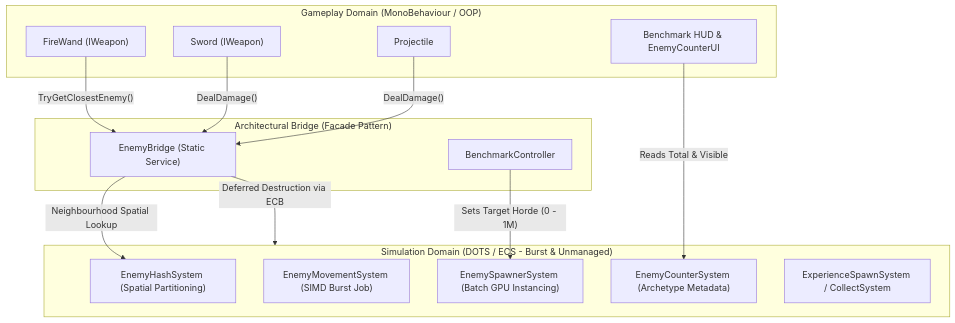
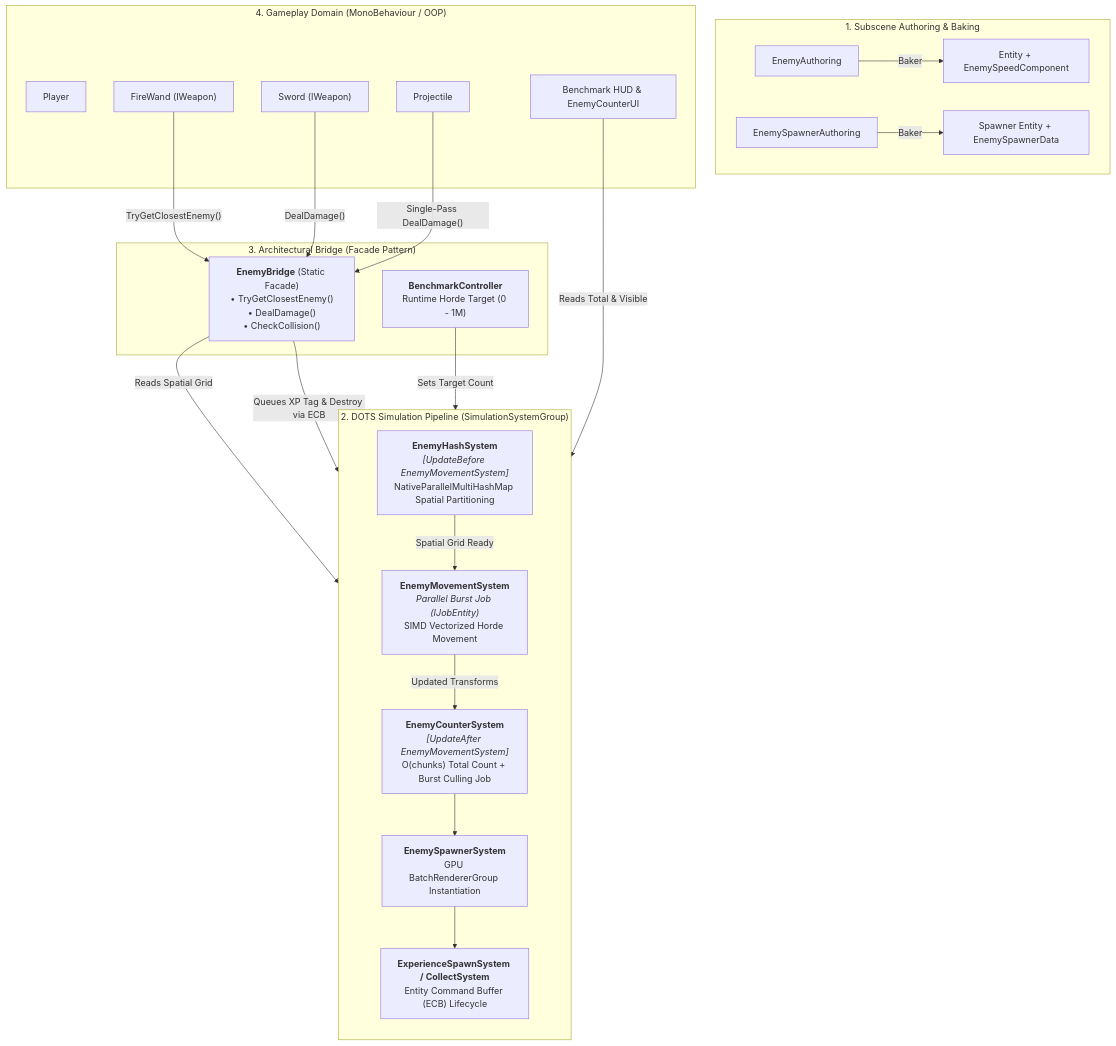
Before and after one commit to ms292435/Roguelike_Game: the second of 2 diagrams in README.md, drawn with Mermaid. The commit also changed other lines of this file and 5 other files, not shown here.

````diff
--- a/README.md
+++ b/README.md
@@ -50,31 +177,43 @@
 ```mermaid
 flowchart TD
-    subgraph GameplayLayer ["Gameplay Domain (MonoBehaviour / OOP)"]
+    subgraph AuthoringLayer ["1. Subscene Authoring & Baking"]
+        EA["EnemyAuthoring"] -->|Baker| EC["Entity + EnemySpeedComponent"]
+        ESA["EnemySpawnerAuthoring"] -->|Baker| ED["Spawner Entity + EnemySpawnerData"]
+    end
+
+    subgraph SimulationPipeline ["2. DOTS Simulation Pipeline (SimulationSystemGroup)"]
+        direction TB
+        EHS["<b>EnemyHashSystem</b><br/><i>[UpdateBefore EnemyMovementSystem]</i><br/>NativeParallelMultiHashMap Spatial Partitioning"]
+        EMS["<b>EnemyMovementSystem</b><br/><i>Parallel Burst Job (IJobEntity)</i><br/>SIMD Vectorized Horde Movement"]
+        ECS["<b>EnemyCounterSystem</b><br/><i>[UpdateAfter EnemyMovementSystem]</i><br/>O(chunks) Total Count + Burst Culling Job"]
+        ESS["<b>EnemySpawnerSystem</b><br/>GPU BatchRendererGroup Instantiation"]
+        EXS["<b>ExperienceSpawnSystem / CollectSystem</b><br/>Entity Command Buffer (ECB) Lifecycle"]
+
+        EHS -->|Spatial Grid Ready| EMS
+        EMS -->|Updated Transforms| ECS
+        ECS --> ESS
+        ESS --> EXS
+    end
+
+    subgraph HybridFacade ["3. Architectural Bridge (Facade Pattern)"]
+        EB["<b>EnemyBridge</b> (Static Facade)<br/>• TryGetClosestEnemy()<br/>• DealDamage()<br/>• CheckCollision()"]
+        BC["<b>BenchmarkController</b><br/>Runtime Horde Target (0 - 1M)"]
+    end
+
+    subgraph GameplayLayer ["4. Gameplay Domain (MonoBehaviour / OOP)"]
+        PL["Player"]
         FW["FireWand (IWeapon)"]
         SW["Sword (IWeapon)"]
         PR["Projectile"]
         UI["Benchmark HUD & EnemyCounterUI"]
     end
 
-    subgraph FacadeLayer ["Architectural Bridge (Facade Pattern)"]
-        EB["EnemyBridge (Static Service)"]
-        BC["BenchmarkController"]
-    end
-
-    subgraph DotsLayer ["Simulation Domain (DOTS / ECS - Burst & Unmanaged)"]
-        EHS["EnemyHashSystem (Spatial Partitioning)"]
-        EMS["EnemyMovementSystem (SIMD Burst Job)"]
-        ESS["EnemySpawnerSystem (Batch GPU Instancing)"]
-        ECS["EnemyCounterSystem (Archetype Metadata)"]
-        EXS["ExperienceSpawnSystem / CollectSystem"]
-    end
-
+    BC -->|"Sets Target Count"| ESS
+    UI -->|"Reads Total & Visible"| ECS
     FW -->|"TryGetClosestEnemy()"| EB
     SW -->|"DealDamage()"| EB
-    PR -->|"DealDamage()"| EB
-    UI -->|"Reads Total & Visible"| ECS
-    BC -->|"Sets Target Horde (0 - 1M)"| ESS
+    PR -->|"Single-Pass DealDamage()"| EB
 
-    EB -->|"Neighbourhood Spatial Lookup"| EHS
-    EB -->|"Deferred Destruction via ECB"| DotsLayer
+    EB -->|"Reads Spatial Grid"| EHS
+    EB -->|"Queues XP Tag & Destroy via ECB"| SimulationPipeline
 ```
````
